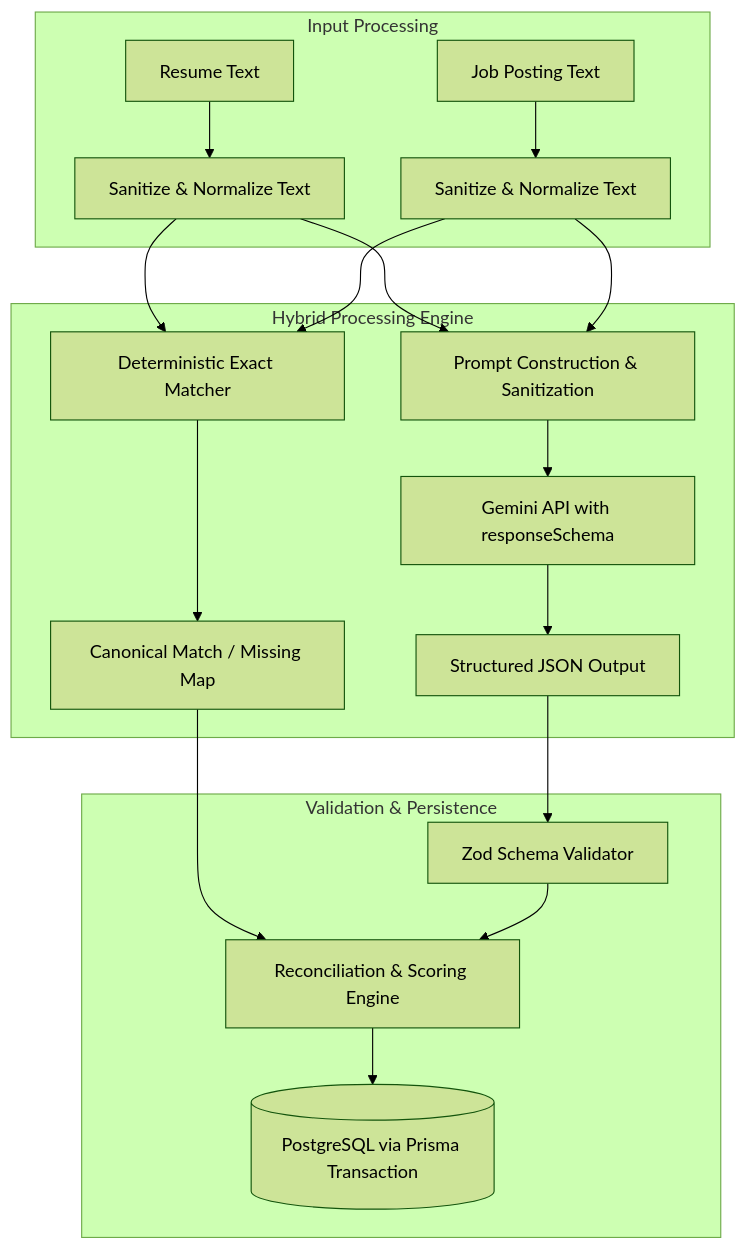
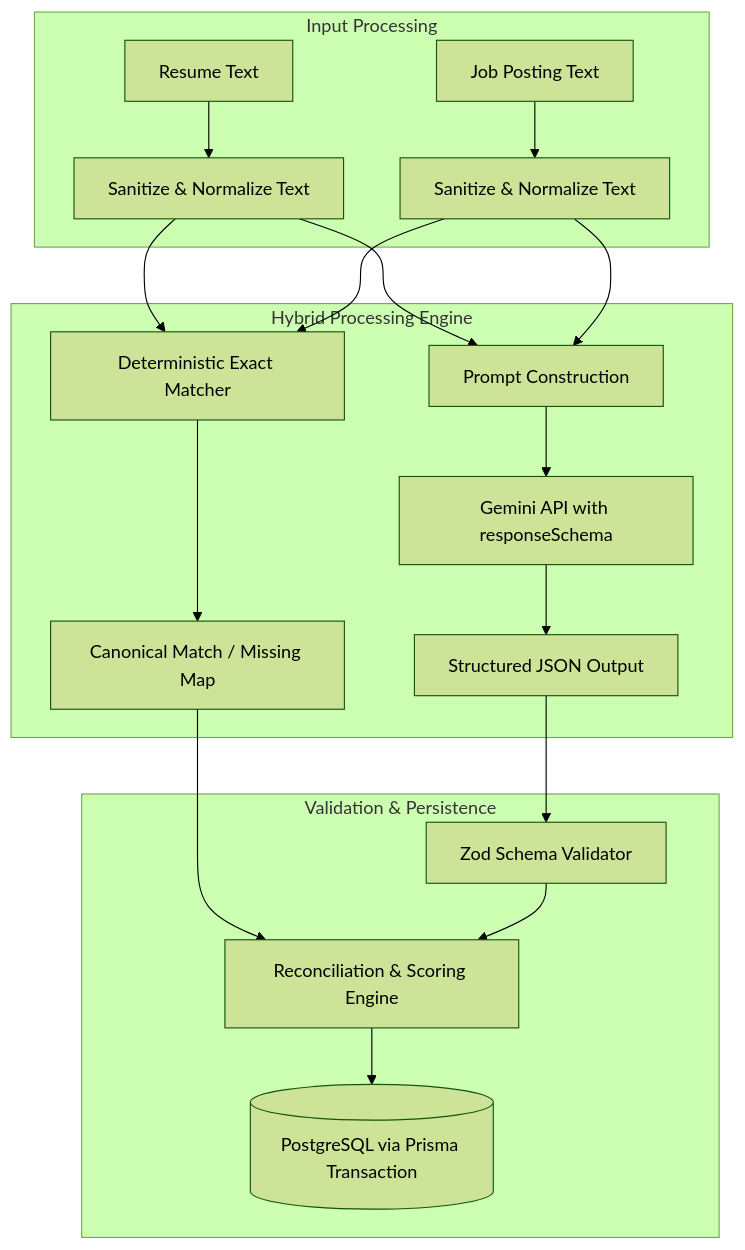
Before and after one commit to bashar35790/CareerPilot-AI: the diagram in docs/AI_FEATURE.md, drawn with Mermaid (forest theme). The commit also changed other lines of this file and 11 other files, not shown here.

````diff
--- a/docs/AI_FEATURE.md
+++ b/docs/AI_FEATURE.md
@@ -26,25 +26,25 @@
 ```mermaid
 graph TD
     subgraph Inputs ["Input Processing"]
         Resume[Resume Text] --> Prep1[Sanitize & Normalize Text]
         Job[Job Posting Text] --> Prep2[Sanitize & Normalize Text]
     end
 
     subgraph DualEngine ["Hybrid Processing Engine"]
         Prep1 --> DetEngine[Deterministic Exact Matcher]
         Prep2 --> DetEngine
         DetEngine --> ExactList[Canonical Match / Missing Map]
 
-        Prep1 --> PromptEngine[Prompt Construction & Sanitization]
+        Prep1 --> PromptEngine[Prompt Construction]
         Prep2 --> PromptEngine
         PromptEngine --> Gemini[Gemini API with responseSchema]
         Gemini --> RawJSON[Structured JSON Output]
     end
 
     subgraph Reconciliation ["Validation & Persistence"]
         RawJSON --> ZodVal[Zod Schema Validator]
         ExactList --> Reconcile[Reconciliation & Scoring Engine]
         ZodVal --> Reconcile
         Reconcile --> DB[(PostgreSQL via Prisma Transaction)]
     end
 ```
````
